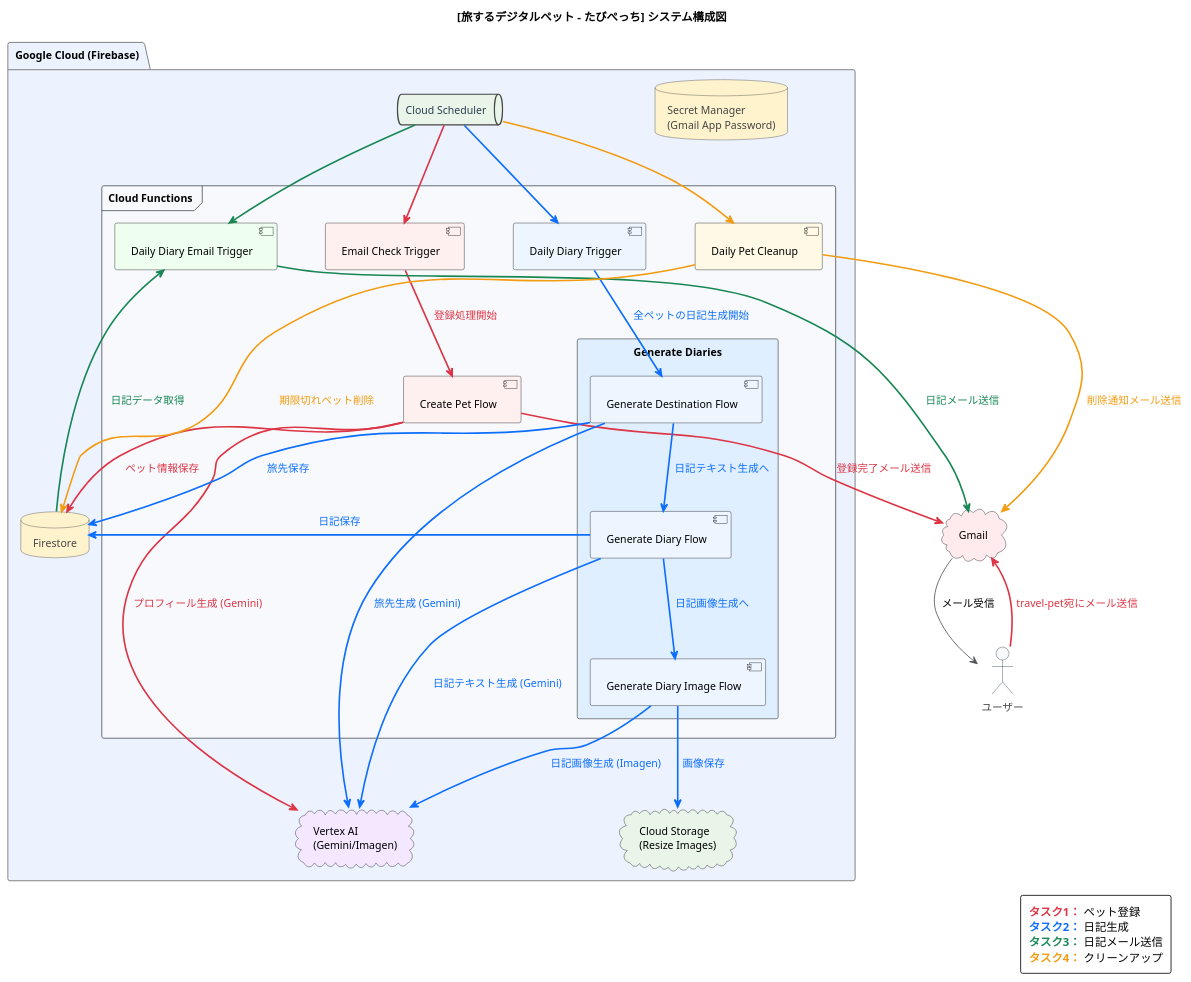
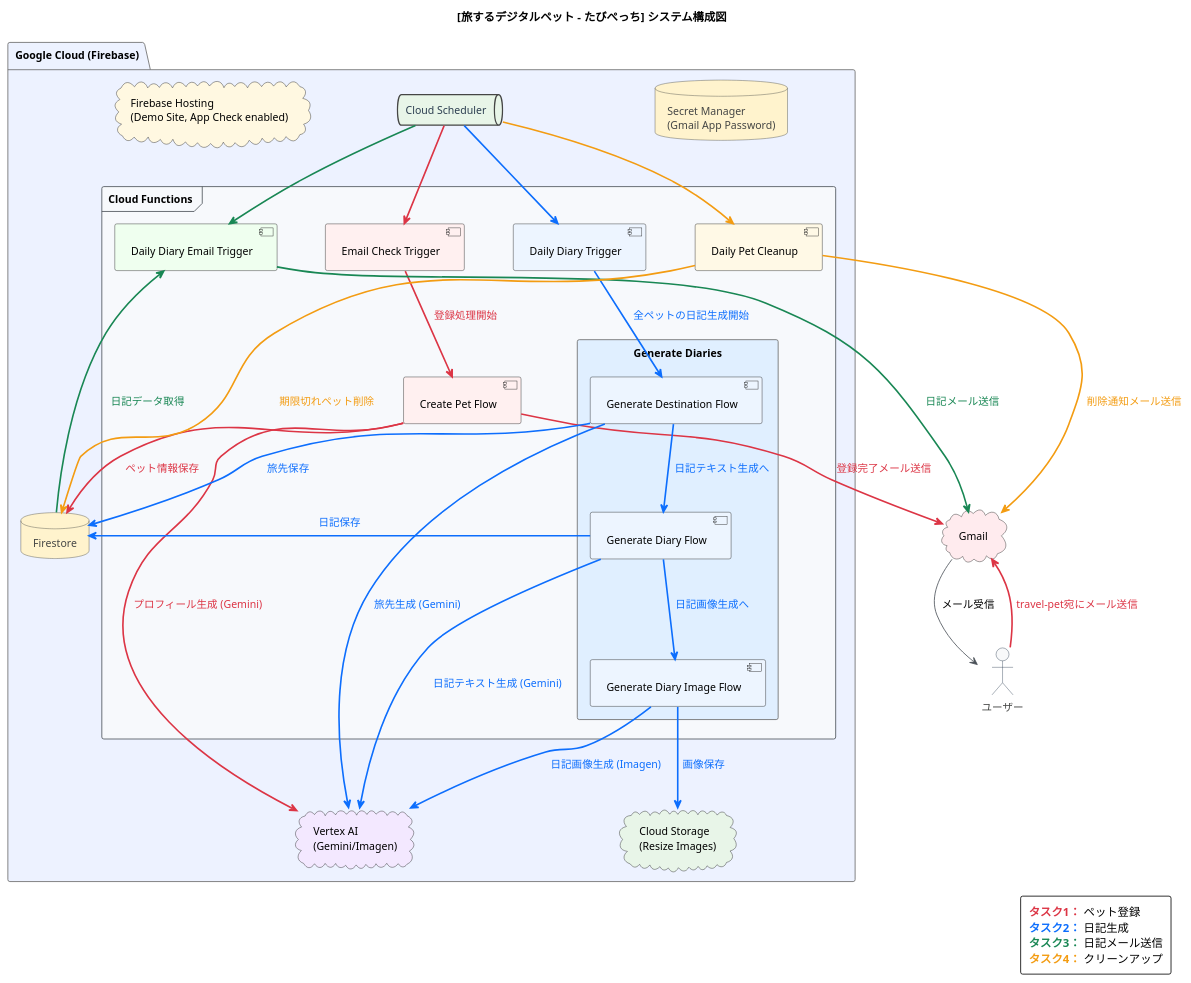
One commit to enu-kuro/travel-pet changed the diagram in systemDiagram.puml. Above: the diagram before and after it, drawn with PlantUML. The commit also changed 1 other file, not shown here.

Commit message:
update system diagram

```diff
--- a/systemDiagram.puml
+++ b/systemDiagram.puml
@@ -1,91 +1,93 @@
 @startuml
 '=== 全体設定 ===
 title [旅するデジタルペット – たびぺっち] システム構成図
 !theme vibrant
 top to bottom direction
 skinparam {
     DefaultFontName "Yu Gothic UI"
     DefaultFontSize 13
     padding 5
     Nodesep 60
     Ranksep 80
     shadowing false
     roundCorner 5
     actorBorderColor #2C3E50
     actorBackgroundColor #F8F9FA
     databaseBackgroundColor #FFF3CD
     cloudBackgroundColor #E3F2FD
     queueBackgroundColor #E8F5E8
     queueFontColor #2C3E50
     frame {
       BorderColor #495057
       BackgroundColor #FAFBFC
     }
     arrow {
       Color #495057
     }
 }
 
 '=== コンポーネント定義 ===
 actor "ユーザー" as User
 cloud "Gmail" as Gmail #FFEBEE
 
 package "Google Cloud (Firebase)" #EDF2FF {
     database "Secret Manager\n(Gmail App Password)" as SecretManager #FFF3CD
     queue "Cloud Scheduler" as CloudScheduler
     database "Firestore" as Firestore
     cloud "Cloud Storage\n(Resize Images)" as CloudStorage #E8F5E8
     cloud "Vertex AI\n(Gemini/Imagen)" as VertexAI #F3E8FF
 
     frame "Cloud Functions" #F7F9FC {
         [Email Check Trigger] as EmailCheck #FFF0F0
         [Create Pet Flow] as CreatePet #FFF0F0
         [Daily Diary Trigger] as DiaryTrigger #EDF5FF
 
         rectangle "Generate Diaries" #E0EFFF {
             [Generate Destination Flow] as GenerateDestination #EDF5FF
             [Generate Diary Flow]       as GenerateDiary #EDF5FF
             [Generate Diary Image Flow] as GenerateDiaryImage #EDF5FF
         }
 
         [Daily Diary Email Trigger] as DiaryEmail #EFFFEF
         [Daily Pet Cleanup]        as Cleanup #FFF9E6
     }
+
+    cloud "Firebase Hosting\n(Demo Site, App Check enabled)" as FirebaseHosting #FFF8E1
 }
 
 '=== フロー定義 ===
 User -[#DC3545,bold]-> Gmail : <color:#DC3545>travel-pet宛にメール送信</color>
 CloudScheduler -[#DC3545,bold]-> EmailCheck
 EmailCheck -[#DC3545,bold]-> CreatePet : <color:#DC3545>登録処理開始</color>
 CreatePet -[#DC3545,bold]-> VertexAI : <color:#DC3545>プロフィール生成 (Gemini)</color>
 CreatePet -[#DC3545,bold]-> Firestore : <color:#DC3545>ペット情報保存</color>
 CreatePet -[#DC3545,bold]-> Gmail : <color:#DC3545>登録完了メール送信</color>
 
 CloudScheduler -[#0D6EFD,bold]-> DiaryTrigger
 DiaryTrigger -[#0D6EFD,bold]-> GenerateDestination : <color:#0D6EFD>全ペットの日記生成開始</color>
 GenerateDestination -[#0D6EFD,bold]-> VertexAI : <color:#0D6EFD>旅先生成 (Gemini)</color>
 GenerateDestination -[#0D6EFD,bold]-> Firestore : <color:#0D6EFD>旅先保存</color>
 GenerateDestination -[#0D6EFD,bold]-> GenerateDiary : <color:#0D6EFD>日記テキスト生成へ</color>
 GenerateDiary -[#0D6EFD,bold]-> VertexAI : <color:#0D6EFD>日記テキスト生成 (Gemini)</color>
 GenerateDiary -[#0D6EFD,bold]-> Firestore : <color:#0D6EFD>日記保存</color>
 GenerateDiary -[#0D6EFD,bold]-> GenerateDiaryImage : <color:#0D6EFD>日記画像生成へ</color>
 GenerateDiaryImage -[#0D6EFD,bold]-> VertexAI : <color:#0D6EFD>日記画像生成 (Imagen)</color>
 GenerateDiaryImage -[#0D6EFD,bold]-> CloudStorage : <color:#0D6EFD>画像保存</color>
 
 CloudScheduler -[#198754,bold]-> DiaryEmail
 Firestore -[#198754,bold]-> DiaryEmail : <color:#198754>日記データ取得</color>
 DiaryEmail -[#198754,bold]-> Gmail : <color:#198754>日記メール送信</color>
 
 CloudScheduler -[#F39C12,bold]-> Cleanup
 Cleanup -[#F39C12,bold]-> Firestore : <color:#F39C12>期限切れペット削除</color>
 Cleanup -[#F39C12,bold]-> Gmail : <color:#F39C12>削除通知メール送信</color>
 
 Gmail -> User : メール受信
 
 legend right
   <font color=#DC3545><b>タスク1：</b></font> ペット登録
   <font color=#0D6EFD><b>タスク2：</b></font> 日記生成
   <font color=#198754><b>タスク3：</b></font> 日記メール送信
   <font color=#F39C12><b>タスク4：</b></font> クリーンアップ
 endlegend
 @enduml
```
